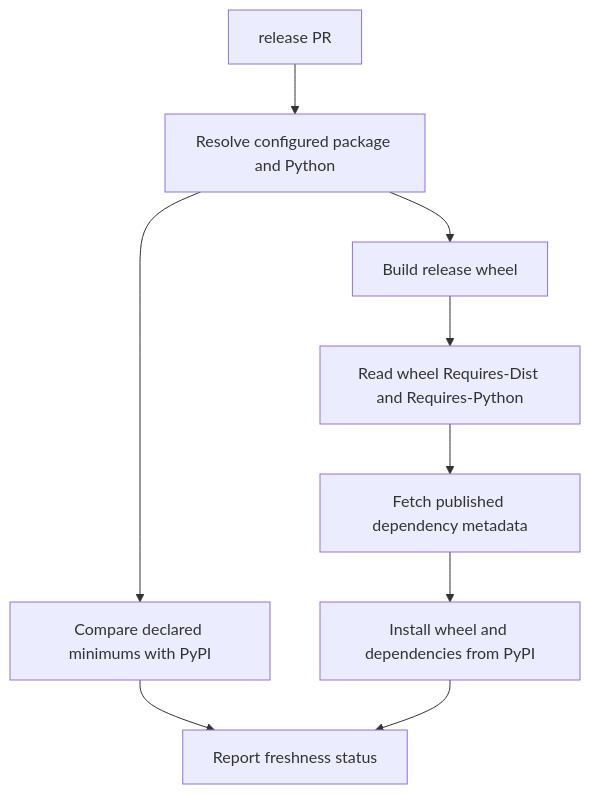
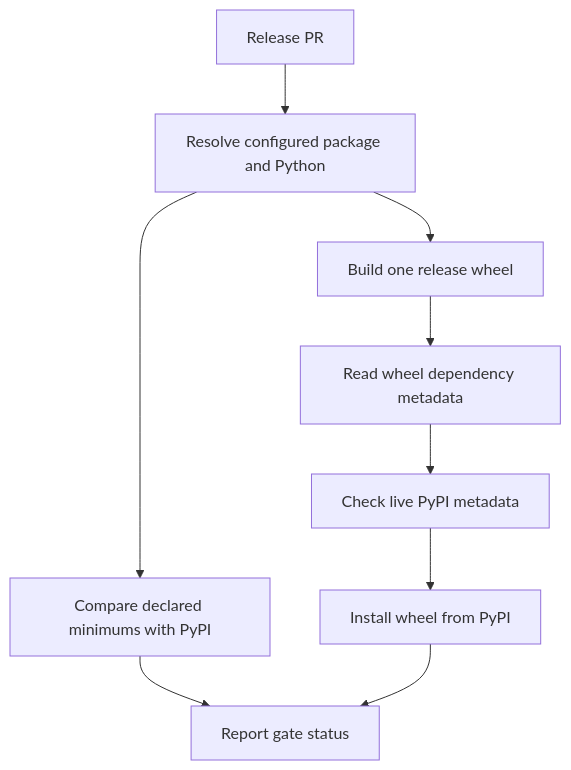
Before and after one commit to langchain-ai/deepagents: the second of 3 diagrams in openwiki/operations/development.md, drawn with Mermaid. The commit also changed other lines of this file and 35 other files, not shown here.

````diff
--- a/openwiki/operations/development.md
+++ b/openwiki/operations/development.md
@@ -134,11 +136,11 @@
 ```mermaid
 flowchart TD
-    PR["release PR"] --> Target["Resolve configured package and Python"]
+    PR["Release PR"] --> Target["Resolve configured package and Python"]
     Target --> Fresh["Compare declared minimums with PyPI"]
-    Target --> Build["Build release wheel"]
-    Build --> Metadata["Read wheel Requires-Dist and Requires-Python"]
-    Metadata --> PyPI["Fetch published dependency metadata"]
-    PyPI --> Install["Install wheel and dependencies from PyPI"]
-    Fresh --> Result["Report freshness status"]
+    Target --> Build["Build one release wheel"]
+    Build --> Metadata["Read wheel dependency metadata"]
+    Metadata --> Check["Check live PyPI metadata"]
+    Check --> Install["Install wheel from PyPI"]
+    Fresh --> Result["Report gate status"]
     Install --> Result
 ```
````
